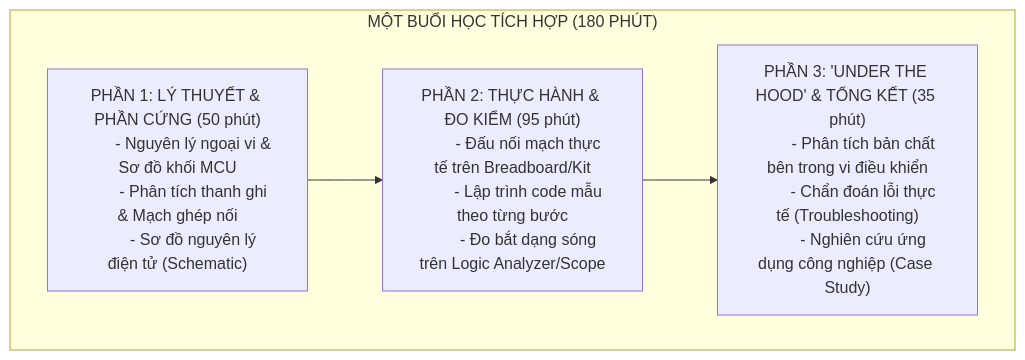
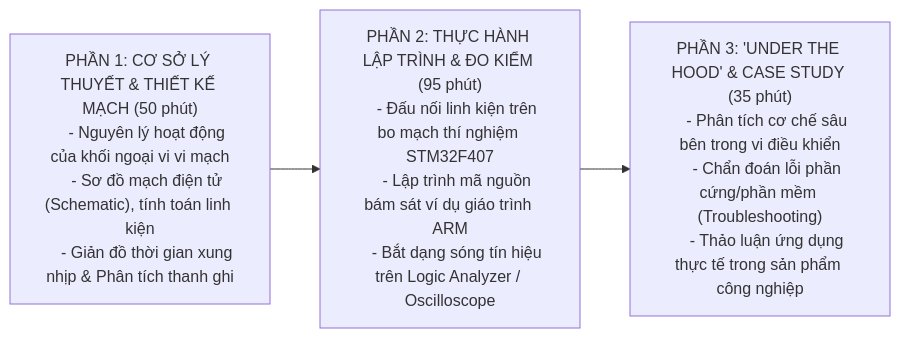
The diagram in 01 - Projects/Giao_Trinh_Dieu_Khien_Ngoai_Vi/02_Phan_Bo_Chuong_Trinh_45_Gio.md (Phanngocky/GNNV), drawn with Mermaid before and after one commit. The commit also changed other lines of this file and 5 other files, not shown here.

````diff
--- a/01 - Projects/Giao_Trinh_Dieu_Khien_Ngoai_Vi/02_Phan_Bo_Chuong_Trinh_45_Gio.md
+++ b/01 - Projects/Giao_Trinh_Dieu_Khien_Ngoai_Vi/02_Phan_Bo_Chuong_Trinh_45_Gio.md
@@ -31,22 +17,14 @@
 ```mermaid
 flowchart LR
-    subgraph S180["MỘT BUỔI HỌC TÍCH HỢP (180 PHÚT)"]
-        direction LR
-        P1["PHẦN 1: LÝ THUYẾT & PHẦN CỨNG (50 phút)
-        - Nguyên lý ngoại vi & Sơ đồ khối MCU
-        - Phân tích thanh ghi & Mạch ghép nối
-        - Sơ đồ nguyên lý điện tử (Schematic)"]
-        
-        P2["PHẦN 2: THỰC HÀNH & ĐO KIỂM (95 phút)
-        - Đấu nối mạch thực tế trên Breadboard/Kit
-        - Lập trình code mẫu theo từng bước
-        - Đo bắt dạng sóng trên Logic Analyzer/Scope"]
-        
-        P3["PHẦN 3: 'UNDER THE HOOD' & TỔNG KẾT (35 phút)
-        - Phân tích bản chất bên trong vi điều khiển
-        - Chẩn đoán lỗi thực tế (Troubleshooting)
-        - Nghiên cứu ứng dụng công nghiệp (Case Study)"]
-        
-        P1 --> P2 --> P3
-    end
+    P1["PHẦN 1: CƠ SỞ LÝ THUYẾT & THIẾT KẾ MẠCH (50 phút)
+    - Nguyên lý hoạt động của khối ngoại vi vi mạch
+    - Sơ đồ mạch điện tử (Schematic), tính toán linh kiện
+    - Giản đồ thời gian xung nhịp & Phân tích thanh ghi"] --> P2["PHẦN 2: THỰC HÀNH LẬP TRÌNH & ĐO KIỂM (95 phút)
+    - Đấu nối linh kiện trên bo mạch thí nghiệm STM32F407
+    - Lập trình mã nguồn bám sát ví dụ giáo trình ARM
+    - Bắt dạng sóng tín hiệu trên Logic Analyzer / Oscilloscope"]
+    P2 --> P3["PHẦN 3: 'UNDER THE HOOD' & CASE STUDY (35 phút)
+    - Phân tích cơ chế sâu bên trong vi điều khiển
+    - Chẩn đoán lỗi phần cứng/phần mềm (Troubleshooting)
+    - Thảo luận ứng dụng thực tế trong sản phẩm công nghiệp"]
 ```
````
